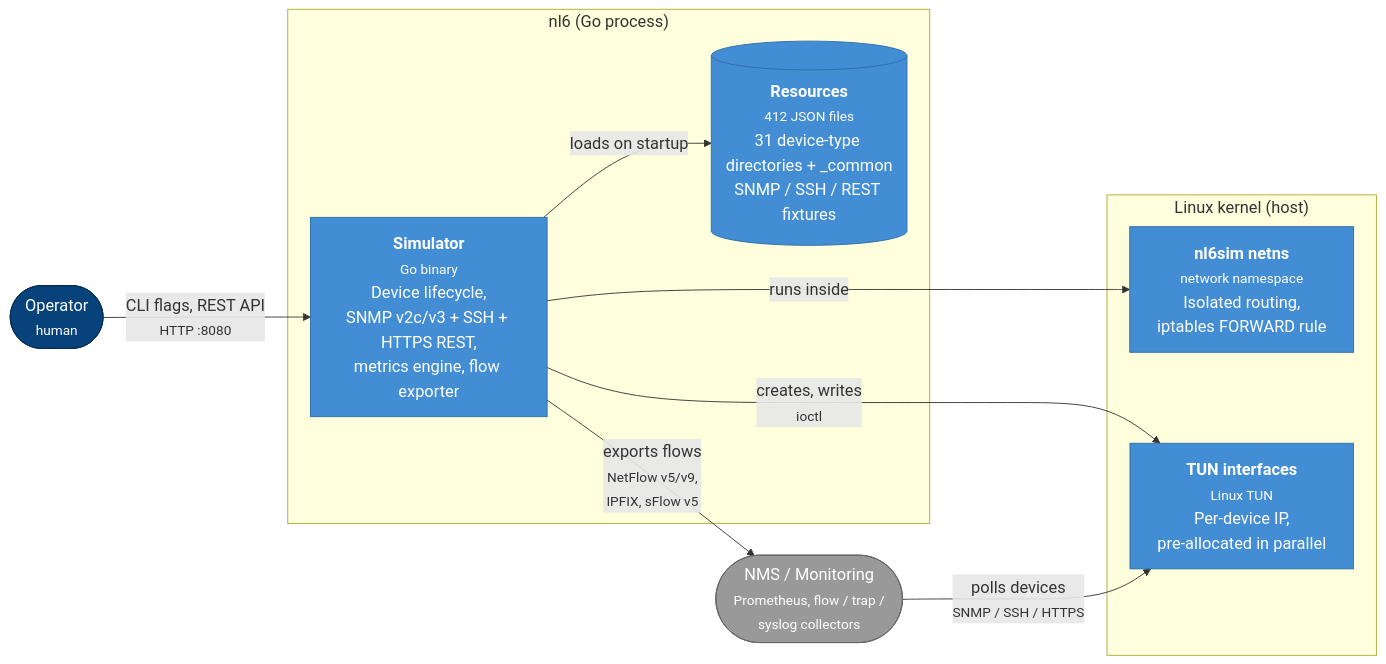
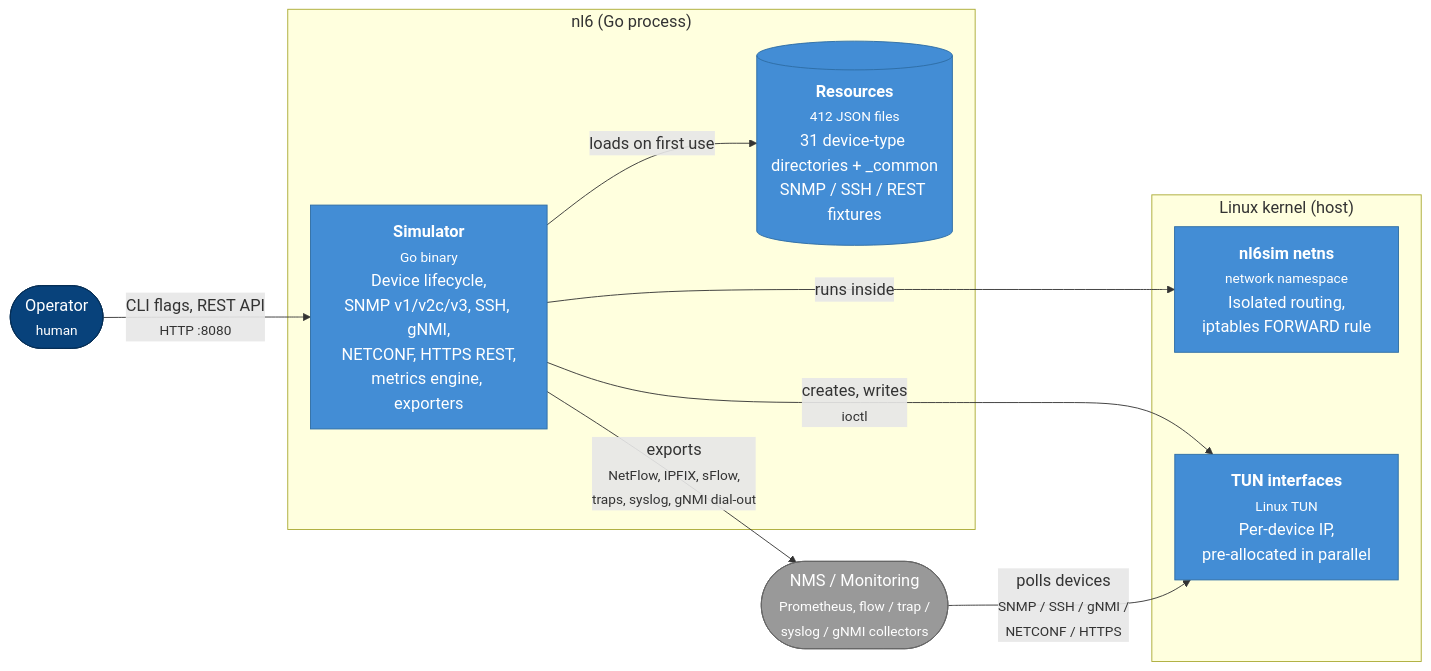
One commit to labmonkeys-space/nl6 changed the diagram in docs/explanation/architecture.md. Above: the diagram before and after it, drawn with Mermaid. The commit also changed other lines of this file, not shown here.

First line of the commit message:
docs(architecture): add management surfaces table and rewrite the page (#933)

````diff
--- a/docs/explanation/architecture.md
+++ b/docs/explanation/architecture.md
@@ -12,28 +11,28 @@
 ```mermaid
 %%{init: {'themeVariables': {'fontSize': '18px'}}}%%
 flowchart LR
     operator(["Operator<br/><small>human</small>"]):::person
-    nms(["NMS / Monitoring<br/><small>Prometheus, flow / trap /<br/>syslog collectors</small>"]):::ext
+    nms(["NMS / Monitoring<br/><small>Prometheus, flow / trap /<br/>syslog / gNMI collectors</small>"]):::ext
 
     subgraph nl6 ["nl6 (Go process)"]
-        simulator["<b>Simulator</b><br/><small>Go binary</small><br/>Device lifecycle,<br/>SNMP v2c/v3 + SSH + HTTPS REST,<br/>metrics engine, flow exporter"]
+        simulator["<b>Simulator</b><br/><small>Go binary</small><br/>Device lifecycle,<br/>SNMP v1/v2c/v3, SSH, gNMI,<br/>NETCONF, HTTPS REST,<br/>metrics engine, exporters"]
         resources[("<b>Resources</b><br/><small>412 JSON files</small><br/>31 device-type directories + _common<br/>SNMP / SSH / REST fixtures")]
     end
 
     subgraph kernel ["Linux kernel (host)"]
         netns["<b>nl6sim netns</b><br/><small>network namespace</small><br/>Isolated routing,<br/>iptables FORWARD rule"]
         tun["<b>TUN interfaces</b><br/><small>Linux TUN</small><br/>Per-device IP,<br/>pre-allocated in parallel"]
     end
 
     operator -->|"CLI flags, REST API<br/><small>HTTP :8080</small>"| simulator
-    simulator -->|loads on startup| resources
+    simulator -->|loads on first use| resources
     simulator -->|creates, writes<br/><small>ioctl</small>| tun
     simulator -->|runs inside| netns
-    nms -->|"polls devices<br/><small>SNMP / SSH / HTTPS</small>"| tun
-    simulator -->|"exports flows<br/><small>NetFlow v5/v9,<br/>IPFIX, sFlow v5</small>"| nms
+    nms -->|"polls devices<br/><small>SNMP / SSH / gNMI /<br/>NETCONF / HTTPS</small>"| tun
+    simulator -->|"exports<br/><small>NetFlow, IPFIX, sFlow,<br/>traps, syslog, gNMI dial-out</small>"| nms
 
     classDef person fill:#08427b,stroke:#052e56,color:#fff
     classDef ext fill:#999,stroke:#666,color:#fff
     classDef default fill:#438dd5,stroke:#2e6da4,color:#fff
     class simulator,resources,netns,tun default
 ```
````
